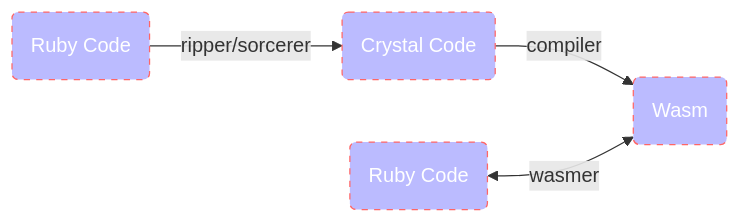
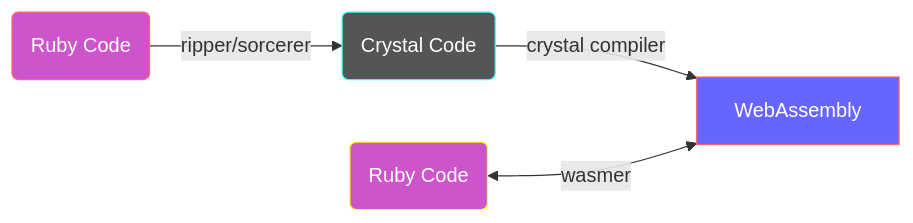
The diagram in README.md (kojix2/cry-wasm), drawn with Mermaid before and after one commit.

````diff
--- a/README.md
+++ b/README.md
@@ -7,9 +7,9 @@
 ```mermaid
 flowchart LR
-style id1 fill:#bbf,stroke:#f66,stroke-width:1px,color:#fff,stroke-dasharray: 5 5
-style id2 fill:#bbf,stroke:#f66,stroke-width:1px,color:#fff,stroke-dasharray: 5 5
-style id3 fill:#bbf,stroke:#f66,stroke-width:1px,color:#fff,stroke-dasharray: 5 5
-style id4 fill:#bbf,stroke:#f66,stroke-width:1px,color:#fff,stroke-dasharray: 5 5
-    id1(Ruby Code) -- ripper/sorcerer --> id2(Crystal Code) -- compiler --> id3(Wasm)
-    id4(Ruby Code) <-- wasmer --> id3(Wasm)
+style id1 fill:#c5c,stroke:#f66,stroke-width:1px,color:#fff
+style id2 fill:#555,stroke:#3ff,stroke-width:1px,color:#fff
+style id3 fill:#66f,stroke:#f66,stroke-width:1px,color:#fff
+style id4 fill:#c5c,stroke:#ff1,stroke-width:1px,color:#fff
+    id1(Ruby Code) -- ripper/sorcerer --> id2(Crystal Code) -- crystal compiler --> id3[WebAssembly]
+    id4(Ruby Code) <-- wasmer --> id3[WebAssembly]
 ```
````
